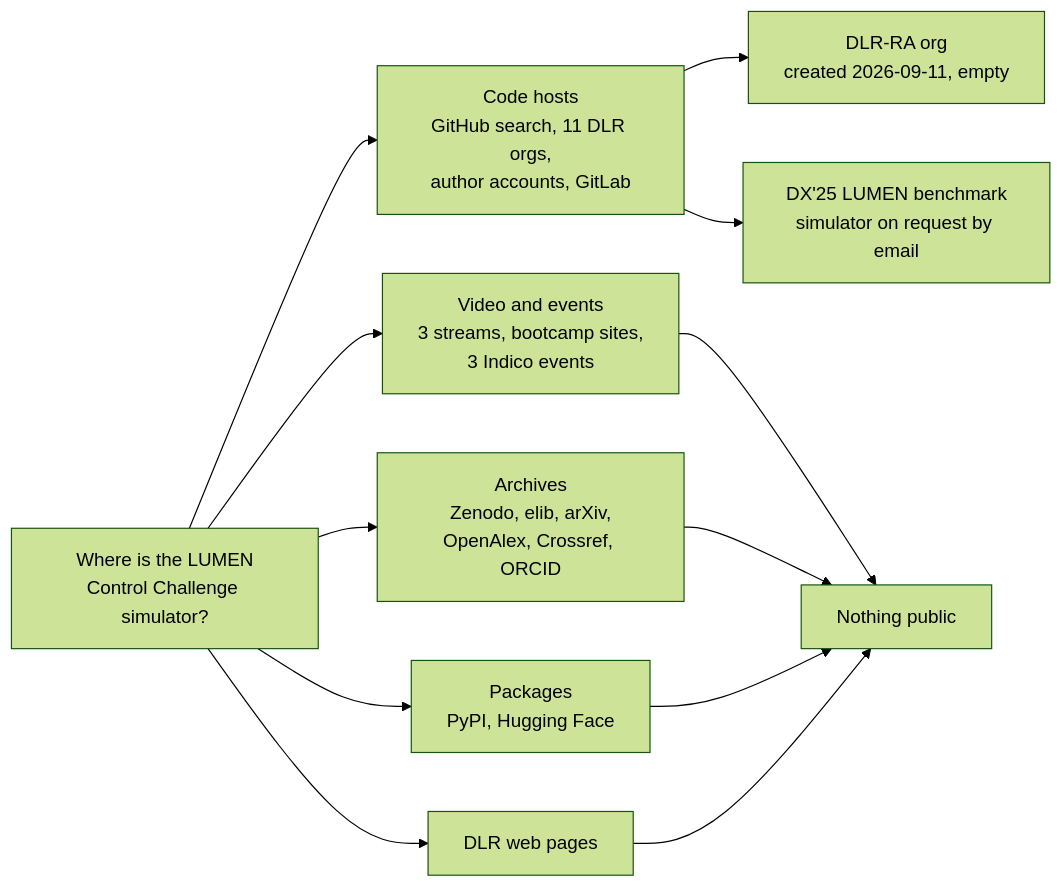
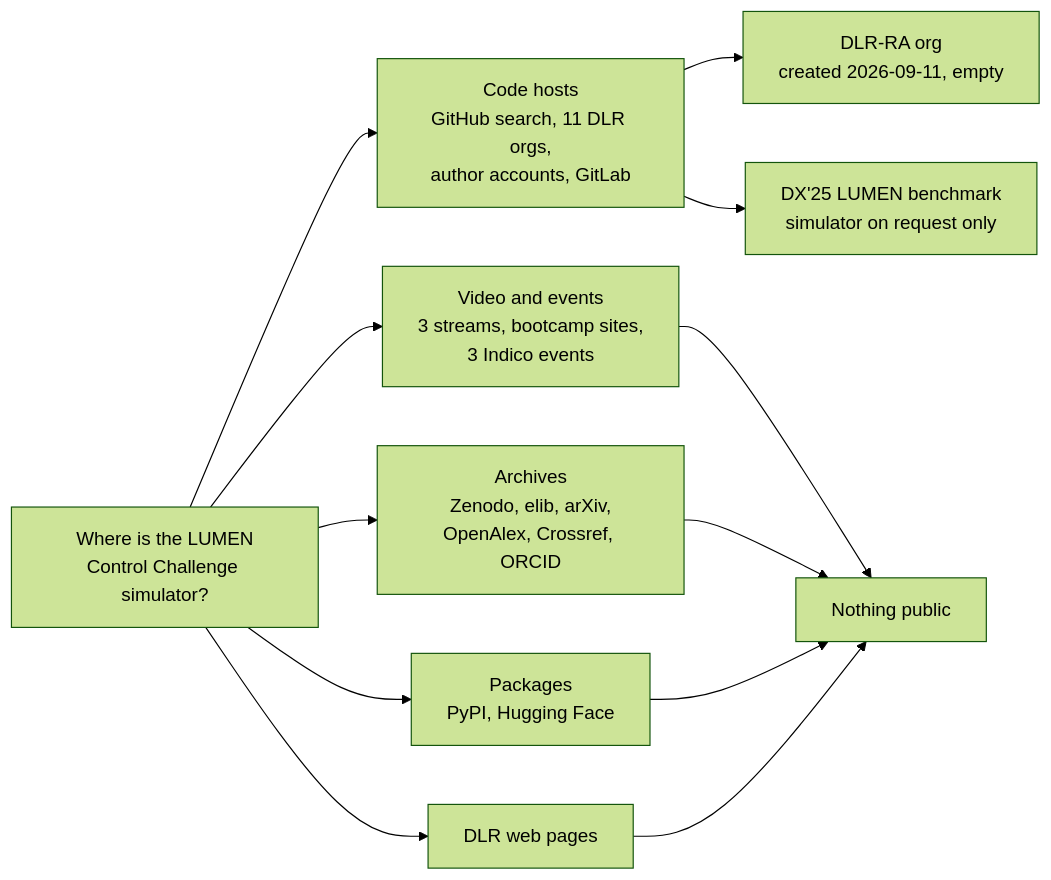
The diagram in docs/07-references.md (leandergrech/rl-rocket-engine-control), drawn with Mermaid (forest theme) before and after one commit. The commit also changed other lines of this file and 52 other files, not shown here.

````diff
--- a/docs/07-references.md
+++ b/docs/07-references.md
@@ -43,15 +48,15 @@
 ```mermaid
 flowchart LR
   Q["Where is the LUMEN<br/>Control Challenge simulator?"]
   Q --> C1["Code hosts<br/>GitHub search, 11 DLR orgs,<br/>author accounts, GitLab"]
   C1 --> RA["DLR-RA org<br/>created 2026-09-11, empty"]
-  C1 --> DX["DX'25 LUMEN benchmark<br/>simulator on request by email"]
+  C1 --> DX["DX'25 LUMEN benchmark<br/>simulator on request only"]
   Q --> V1["Video and events<br/>3 streams, bootcamp sites,<br/>3 Indico events"]
   Q --> A1["Archives<br/>Zenodo, elib, arXiv,<br/>OpenAlex, Crossref, ORCID"]
   Q --> P1["Packages<br/>PyPI, Hugging Face"]
   Q --> D1["DLR web pages"]
   V1 --> N["Nothing public"]
   A1 --> N
   P1 --> N
   D1 --> N
 ```
````
